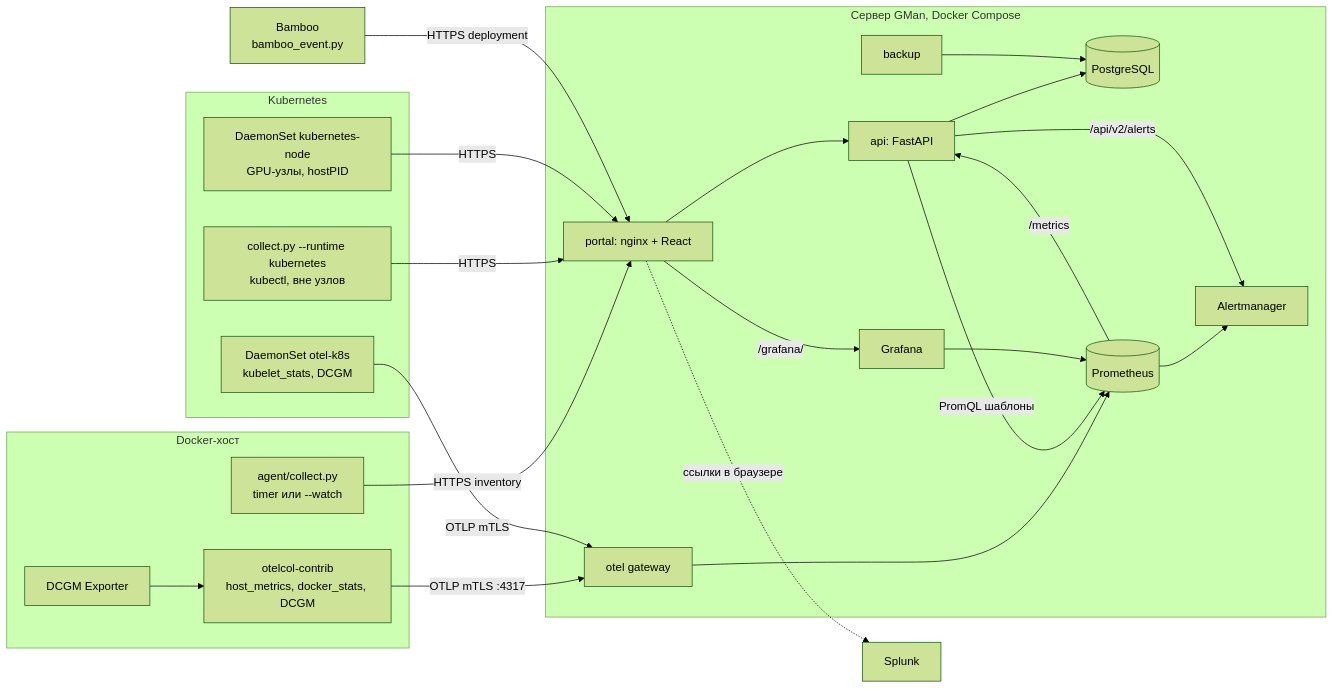
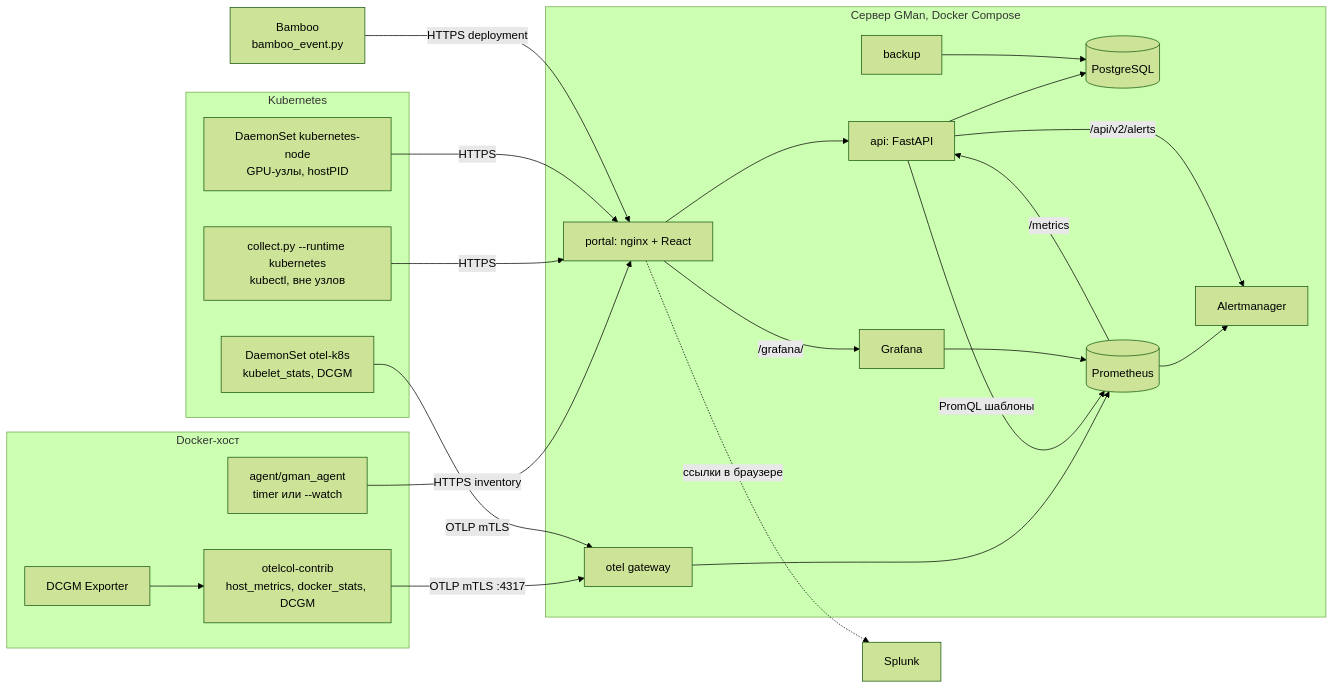
The diagram in docs/architecture.md (ryzhy1/gman), drawn with Mermaid (forest theme) before and after one commit. The commit also changed other lines of this file and 28 other files, not shown here.

````diff
--- a/docs/architecture.md
+++ b/docs/architecture.md
@@ -25,42 +25,42 @@
 ```mermaid
 flowchart LR
   subgraph dhost[Docker-хост]
-    agent[agent/collect.py<br/>timer или --watch]
+    agent[agent/gman_agent<br/>timer или --watch]
     otelN[otelcol-contrib<br/>host_metrics, docker_stats, DCGM]
     dcgm[DCGM Exporter]
   end
   subgraph k8s[Kubernetes]
     kagent[collect.py --runtime kubernetes<br/>kubectl, вне узлов]
     gpuds[DaemonSet kubernetes-node<br/>GPU-узлы, hostPID]
     otelK[DaemonSet otel-k8s<br/>kubelet_stats, DCGM]
   end
   bamboo[Bamboo<br/>bamboo_event.py]
   subgraph srv[Сервер GMan, Docker Compose]
     nginx[portal: nginx + React]
     api[api: FastAPI]
     db[(PostgreSQL)]
     gw[otel gateway]
     prom[(Prometheus)]
     am[Alertmanager]
     graf[Grafana]
     bk[backup]
   end
   splunk[Splunk]
   agent -->|"HTTPS inventory"| nginx
   kagent -->|"HTTPS"| nginx
   gpuds -->|"HTTPS"| nginx
   bamboo -->|"HTTPS deployment"| nginx
   dcgm --> otelN
   otelN -->|"OTLP mTLS :4317"| gw
   otelK -->|"OTLP mTLS"| gw
   nginx --> api --> db
   gw --> prom
   prom -->|"/metrics"| api
   prom --> am
   api -->|"PromQL шаблоны"| prom
   api -->|"/api/v2/alerts"| am
   graf --> prom
   nginx -->|"/grafana/"| graf
   bk --> db
   nginx -.->|"ссылки в браузере"| splunk
 ```
````
